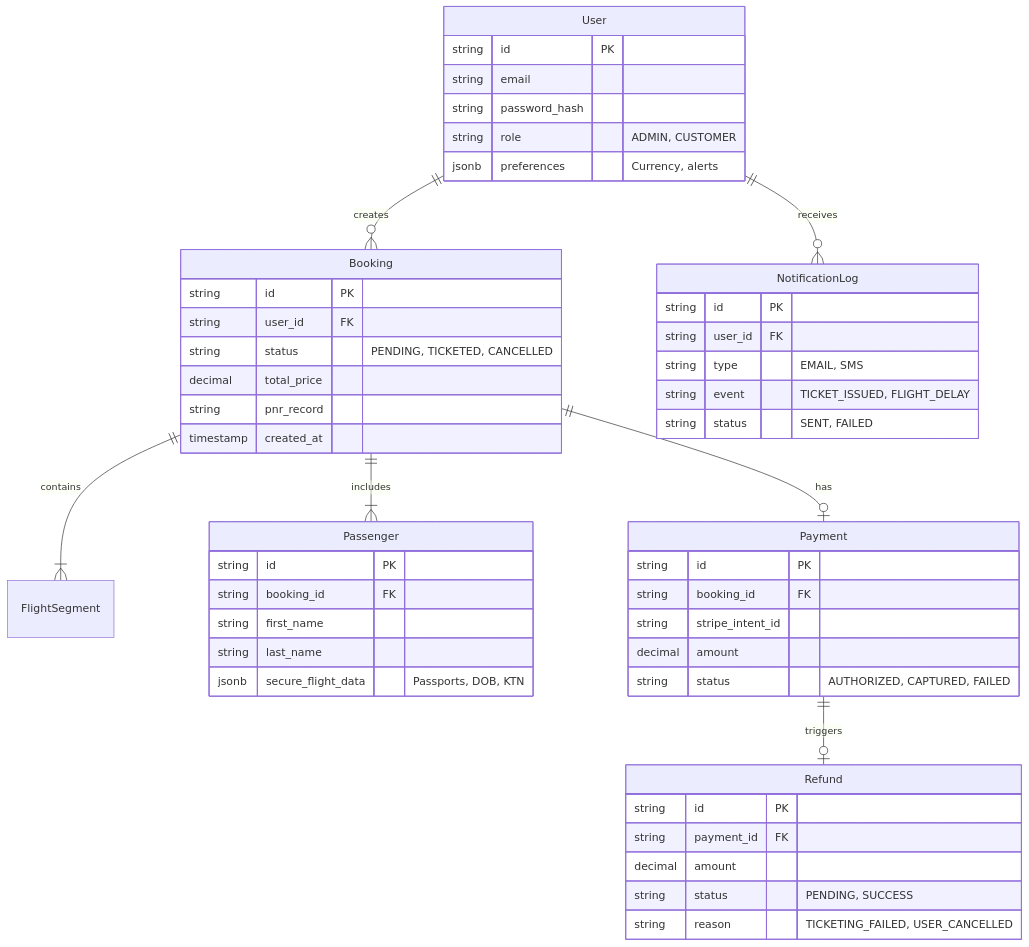
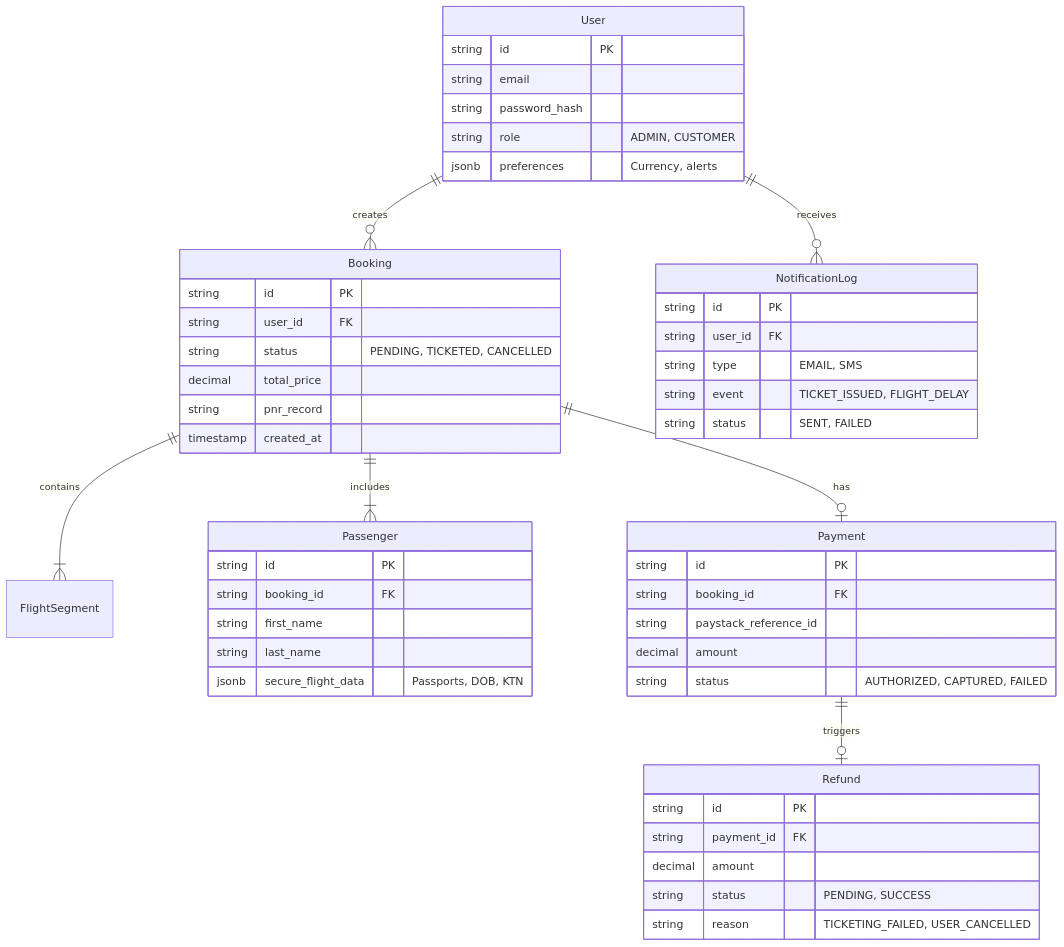
Before and after one commit to moses-Dera/master-trip: the fourth of 4 diagrams in CASE_STUDY.md, drawn with Mermaid. The commit also changed other lines of this file and 2 other files, not shown here.

Commit message:
feat: migrate payment processing and architecture documentation from Stripe to Paystack

````diff
--- a/CASE_STUDY.md
+++ b/CASE_STUDY.md
@@ -155,58 +155,58 @@
 ```mermaid
 erDiagram
     User ||--o{ Booking : creates
     User ||--o{ NotificationLog : receives
     Booking ||--|{ FlightSegment : contains
     Booking ||--|{ Passenger : includes
     Booking ||--o| Payment : has
     Payment ||--o| Refund : triggers
     
     User {
         string id PK
         string email
         string password_hash
         string role "ADMIN, CUSTOMER"
         jsonb preferences "Currency, alerts"
     }
 
     Booking {
         string id PK
         string user_id FK
         string status "PENDING, TICKETED, CANCELLED"
         decimal total_price
         string pnr_record
         timestamp created_at
     }
     
     Passenger {
         string id PK
         string booking_id FK
         string first_name
         string last_name
         jsonb secure_flight_data "Passports, DOB, KTN"
     }
 
     Payment {
         string id PK
         string booking_id FK
-        string stripe_intent_id
+        string paystack_reference_id
         decimal amount
         string status "AUTHORIZED, CAPTURED, FAILED"
     }
 
     Refund {
         string id PK
         string payment_id FK
         decimal amount
         string status "PENDING, SUCCESS"
         string reason "TICKETING_FAILED, USER_CANCELLED"
     }
 
     NotificationLog {
         string id PK
         string user_id FK
         string type "EMAIL, SMS"
         string event "TICKET_ISSUED, FLIGHT_DELAY"
         string status "SENT, FAILED"
     }
 ```
````
